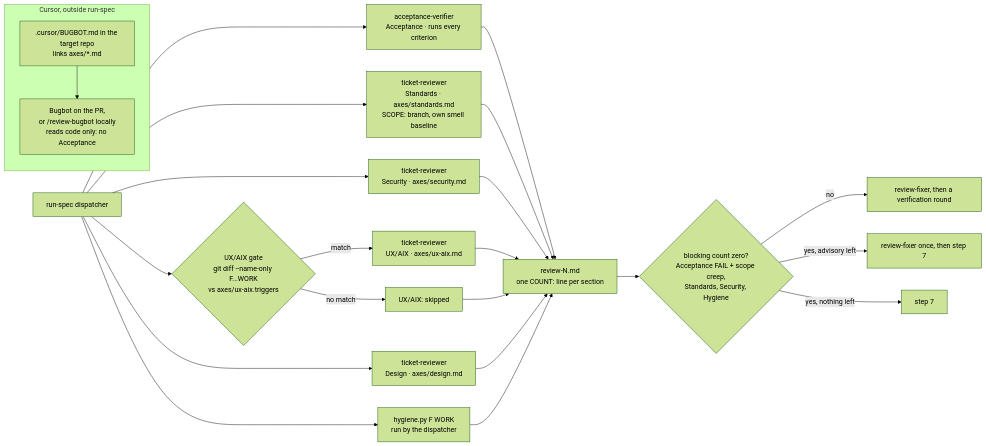
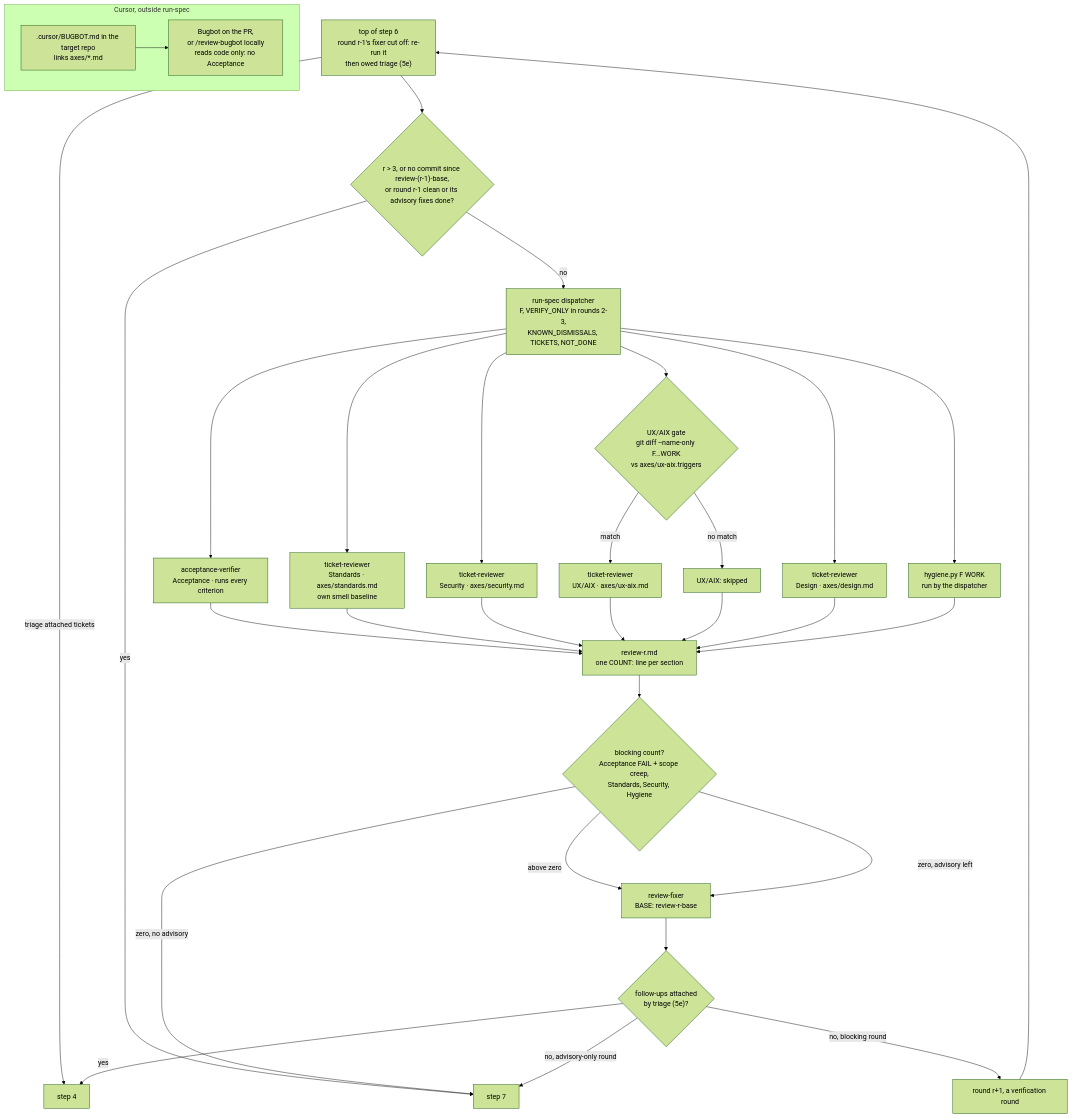
Before and after one commit to rodrigorjsf/ai-study-library: the second of 2 diagrams in ai/skills/run-spec/README.md, drawn with Mermaid (forest theme). The commit also changed other lines of this file and 4 other files, not shown here.

Commit message:
docs(run-spec): README and revision notes match the round-1 fixes

````diff
--- a/ai/skills/run-spec/README.md
+++ b/ai/skills/run-spec/README.md
@@ -45,20 +53,27 @@
 ```mermaid
-flowchart LR
-    D["run-spec dispatcher"]
+flowchart TB
+    TOP["top of step 6<br/>round r-1's fixer cut off: re-run it<br/>then owed triage (5e)"] -- "triage attached tickets" --> S4["step 4"]
+    TOP --> SQ{"r > 3, or no commit since review-(r-1)-base,<br/>or round r-1 clean or its advisory fixes done?"}
+    SQ -- yes --> S7["step 7"]
+    SQ -- no --> D["run-spec dispatcher<br/>F, VERIFY_ONLY in rounds 2-3,<br/>KNOWN_DISMISSALS, TICKETS, NOT_DONE"]
     D --> ACC["acceptance-verifier<br/>Acceptance · runs every criterion"]
-    D --> STD["ticket-reviewer<br/>Standards · axes/standards.md<br/>SCOPE: branch, own smell baseline"]
+    D --> STD["ticket-reviewer<br/>Standards · axes/standards.md<br/>own smell baseline"]
     D --> SEC["ticket-reviewer<br/>Security · axes/security.md"]
     D --> G{"UX/AIX gate<br/>git diff --name-only F...WORK<br/>vs axes/ux-aix.triggers"}
     G -- match --> UX["ticket-reviewer<br/>UX/AIX · axes/ux-aix.md"]
     G -- no match --> SKIP["UX/AIX: skipped"]
     D --> DES["ticket-reviewer<br/>Design · axes/design.md"]
     D --> HY["hygiene.py F WORK<br/>run by the dispatcher"]
-    ACC & STD & SEC & UX & SKIP & DES & HY --> R["review-N.md<br/>one COUNT: line per section"]
-    R --> RT{"blocking count zero?<br/>Acceptance FAIL + scope creep,<br/>Standards, Security, Hygiene"}
-    RT -- "no" --> FX["review-fixer, then a verification round"]
-    RT -- "yes, advisory left" --> FX1["review-fixer once, then step 7"]
-    RT -- "yes, nothing left" --> S7["step 7"]
+    ACC & STD & SEC & UX & SKIP & DES & HY --> R["review-r.md<br/>one COUNT: line per section"]
+    R --> RT{"blocking count?<br/>Acceptance FAIL + scope creep,<br/>Standards, Security, Hygiene"}
+    RT -- "zero, no advisory" --> S7
+    RT -- "above zero" --> FX["review-fixer<br/>BASE: review-r-base"]
+    RT -- "zero, advisory left" --> FX
+    FX --> TR{"follow-ups attached<br/>by triage (5e)?"}
+    TR -- yes --> S4
+    TR -- "no, blocking round" --> NEXT["round r+1, a verification round"] --> TOP
+    TR -- "no, advisory-only round" --> S7
     subgraph CURSOR ["Cursor, outside run-spec"]
         BB[".cursor/BUGBOT.md in the target repo<br/>links axes/*.md"] --> BOT["Bugbot on the PR,<br/>or /review-bugbot locally<br/>reads code only: no Acceptance"]
     end
 ```
````
